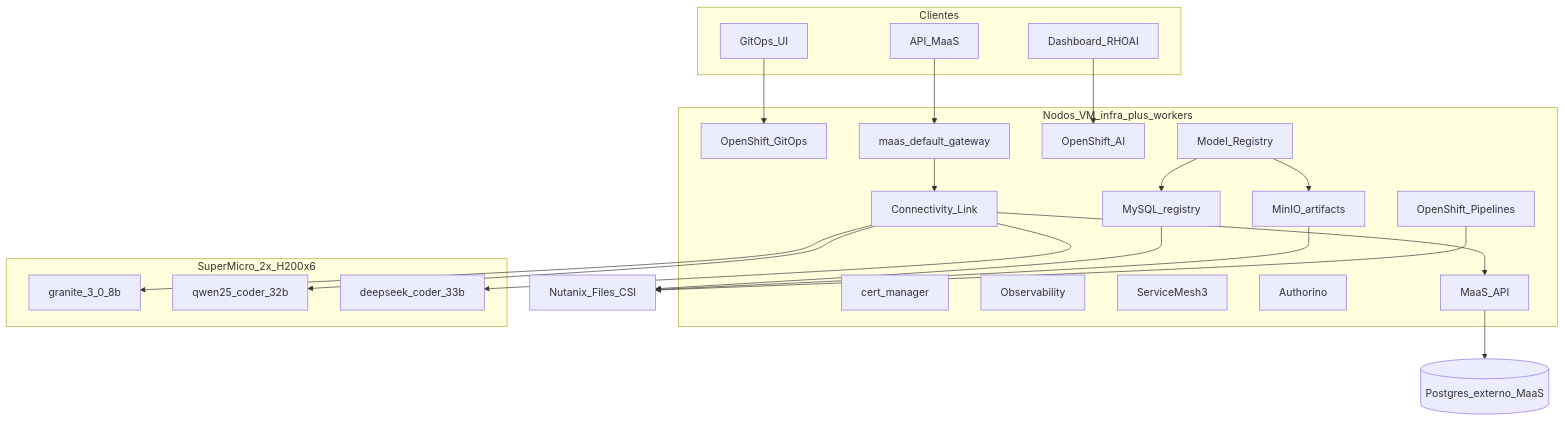
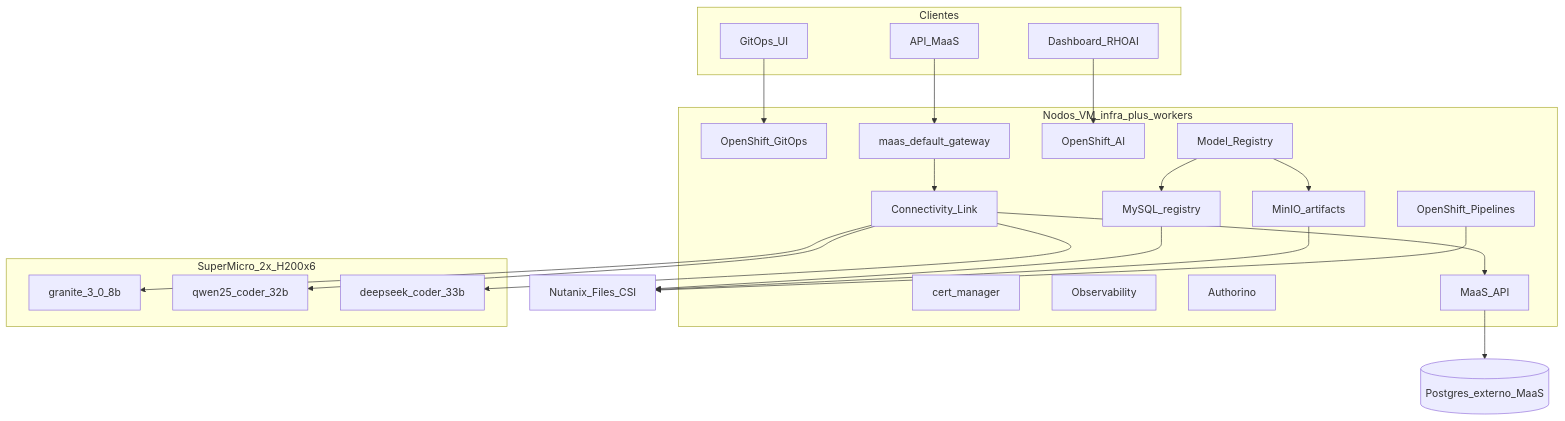
The first of 2 diagrams in clusters/ocpai-prd-mtz/INSTALL.md (abelluque/rhoai-helm), drawn with Mermaid before and after one commit. The commit also changed other lines of this file and 101 other files, not shown here.

````diff
--- a/clusters/ocpai-prd-mtz/INSTALL.md
+++ b/clusters/ocpai-prd-mtz/INSTALL.md
@@ -16,47 +16,46 @@
 ```mermaid
 flowchart TB
   subgraph clients [Clientes]
     api[API_MaaS]
     dash[Dashboard_RHOAI]
     gitopsUi[GitOps_UI]
   end
 
   subgraph virt [Nodos_VM_infra_plus_workers]
     gitops[OpenShift_GitOps]
     pipes[OpenShift_Pipelines]
     cm[cert_manager]
     obs[Observability]
     rhcl[Connectivity_Link]
-    sm3[ServiceMesh3]
     gw[maas_default_gateway]
     rhoai[OpenShift_AI]
     authorino[Authorino]
     registry[Model_Registry]
     mysql[MySQL_registry]
     minio[MinIO_artifacts]
     maasApi[MaaS_API]
   end
 
   subgraph gpu [SuperMicro_2x_H200x6]
     granite[granite_3_0_8b]
     qwen[qwen25_coder_32b]
     deepseek[deepseek_coder_33b]
   end
 
   pg[(Postgres_externo_MaaS)]
   files[Nutanix_Files_CSI]
 
   api --> gw
   dash --> rhoai
   gitopsUi --> gitops
   gw --> rhcl --> maasApi
   rhcl --> granite
   rhcl --> qwen
   rhcl --> deepseek
   maasApi --> pg
   registry --> mysql
   registry --> minio
   mysql --> files
   minio --> files
   pipes --> files
 ```
````
